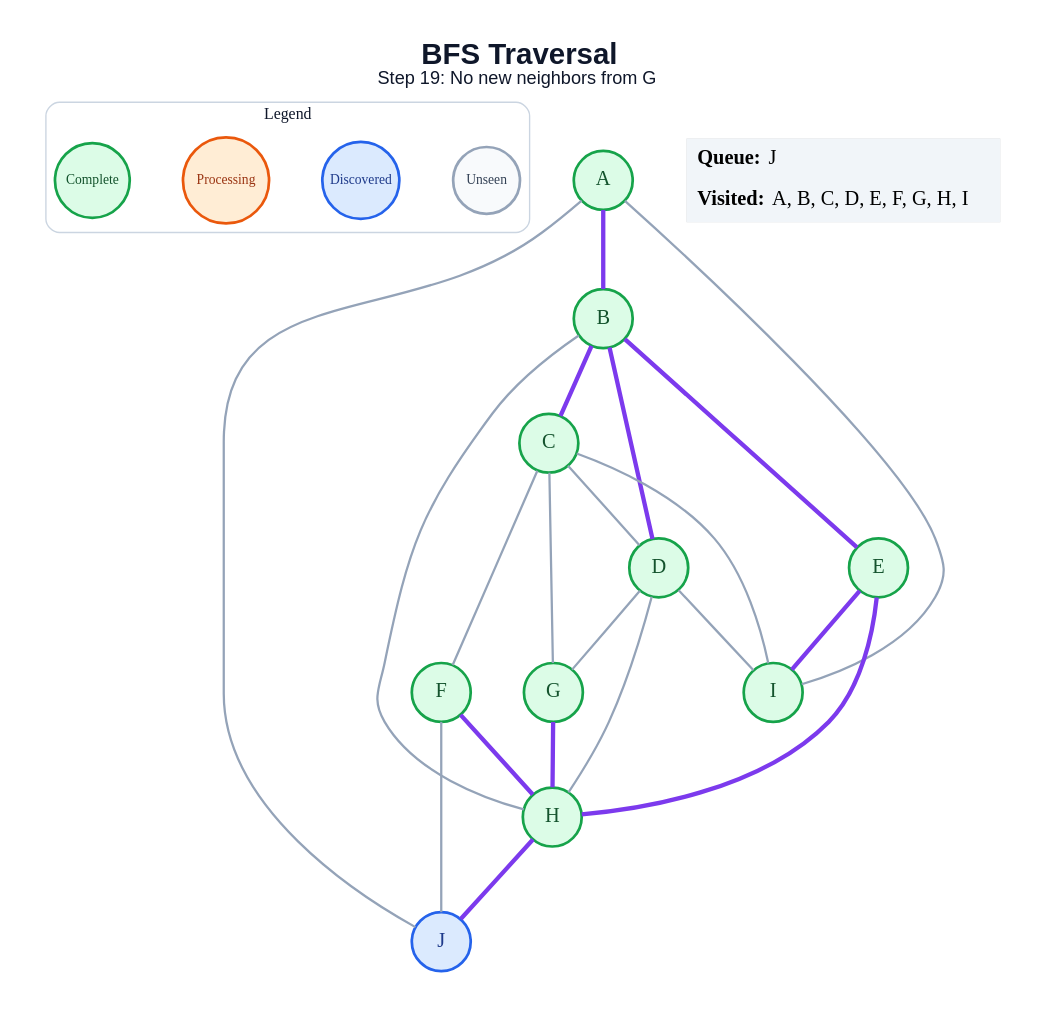
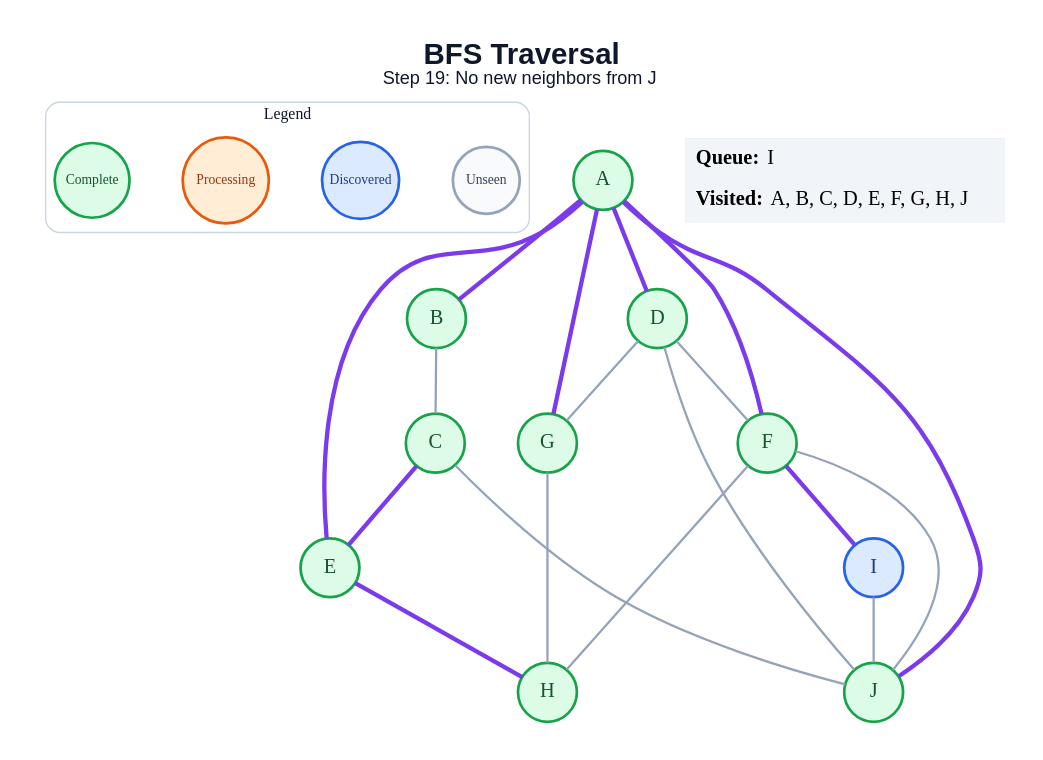
One commit to amanghodawala9/ai-slop changed the diagram in generated/specific-node/bfs/step_19.dot. Above: the diagram before and after it, drawn with Graphviz. The commit also changed 178 other files, not shown here.

```diff
--- a/generated/specific-node/bfs/step_19.dot
+++ b/generated/specific-node/bfs/step_19.dot
@@ -1,49 +1,47 @@
 graph traversal {
   graph [layout=dot, rankdir=TB, bgcolor="#FFFFFF", pad="0.35", nodesep="0.65", ranksep="0.8", fontname="Arial"];
   node [shape=circle, style="filled", fontname="Arial Bold", fontsize=18, width=0.72, fixedsize=true, penwidth=2.4];
   edge [color="#94A3B8", penwidth=2.0];
-  label=<<B>BFS Traversal</B><BR/><FONT POINT-SIZE="16">Step 19: No new neighbors from G</FONT>>; labelloc="t"; fontsize=26; fontname="Arial"; fontcolor="#0F172A";
+  label=<<B>BFS Traversal</B><BR/><FONT POINT-SIZE="16">Step 19: No new neighbors from J</FONT>>; labelloc="t"; fontsize=26; fontname="Arial"; fontcolor="#0F172A";
   subgraph cluster_legend { label="Legend"; color="#CBD5E1"; penwidth=1.2; style="rounded"; fontsize=14; fontname="Arial Bold";
     key_unseen [label="Unseen", fillcolor="#F8FAFC", color="#94A3B8", fontcolor="#334155", fontsize=12, width=0.82];
     key_frontier [label="Discovered", fillcolor="#DBEAFE", color="#2563EB", fontcolor="#1E3A8A", fontsize=12, width=0.95];
     key_current [label="Processing", fillcolor="#FFEDD5", color="#EA580C", fontcolor="#9A3412", fontsize=12, width=1.05];
     key_done [label="Complete", fillcolor="#DCFCE7", color="#16A34A", fontcolor="#14532D", fontsize=12, width=0.92];
     { rank=same; key_unseen; key_frontier; key_current; key_done; }
   }
   A [fillcolor="#DCFCE7", color="#16A34A", fontcolor="#14532D"];
   B [fillcolor="#DCFCE7", color="#16A34A", fontcolor="#14532D"];
   C [fillcolor="#DCFCE7", color="#16A34A", fontcolor="#14532D"];
   D [fillcolor="#DCFCE7", color="#16A34A", fontcolor="#14532D"];
   E [fillcolor="#DCFCE7", color="#16A34A", fontcolor="#14532D"];
   F [fillcolor="#DCFCE7", color="#16A34A", fontcolor="#14532D"];
   G [fillcolor="#DCFCE7", color="#16A34A", fontcolor="#14532D"];
   H [fillcolor="#DCFCE7", color="#16A34A", fontcolor="#14532D"];
-  I [fillcolor="#DCFCE7", color="#16A34A", fontcolor="#14532D"];
-  J [fillcolor="#DBEAFE", color="#2563EB", fontcolor="#1E3A8A"];
+  I [fillcolor="#DBEAFE", color="#2563EB", fontcolor="#1E3A8A"];
+  J [fillcolor="#DCFCE7", color="#16A34A", fontcolor="#14532D"];
   A -- B [color="#7C3AED", penwidth=3.8];
-  A -- I;
-  A -- J;
-  B -- C [color="#7C3AED", penwidth=3.8];
-  B -- D [color="#7C3AED", penwidth=3.8];
-  B -- E [color="#7C3AED", penwidth=3.8];
-  B -- H;
-  C -- D;
-  C -- F;
-  C -- G;
-  C -- I;
+  A -- D [color="#7C3AED", penwidth=3.8];
+  A -- E [color="#7C3AED", penwidth=3.8];
+  A -- F [color="#7C3AED", penwidth=3.8];
+  A -- G [color="#7C3AED", penwidth=3.8];
+  A -- J [color="#7C3AED", penwidth=3.8];
+  B -- C;
+  C -- E [color="#7C3AED", penwidth=3.8];
+  C -- J;
+  D -- F;
   D -- G;
-  D -- H;
-  D -- I;
+  D -- J;
   E -- H [color="#7C3AED", penwidth=3.8];
-  E -- I [color="#7C3AED", penwidth=3.8];
-  F -- H [color="#7C3AED", penwidth=3.8];
+  F -- H;
+  F -- I [color="#7C3AED", penwidth=3.8];
   F -- J;
-  G -- H [color="#7C3AED", penwidth=3.8];
-  H -- J [color="#7C3AED", penwidth=3.8];
+  G -- H;
+  I -- J;
   status [shape=plain, fixedsize=false, width=0, height=0, margin=0, label=<
     <TABLE BORDER="0" CELLBORDER="0" CELLPADDING="7" BGCOLOR="#F1F5F9">
-      <TR><TD ALIGN="LEFT"><B>Queue:</B> J</TD></TR>
-      <TR><TD ALIGN="LEFT"><B>Visited:</B> A, B, C, D, E, F, G, H, I</TD></TR>
+      <TR><TD ALIGN="LEFT"><B>Queue:</B> I</TD></TR>
+      <TR><TD ALIGN="LEFT"><B>Visited:</B> A, B, C, D, E, F, G, H, J</TD></TR>
     </TABLE>
   >];
 }
```
